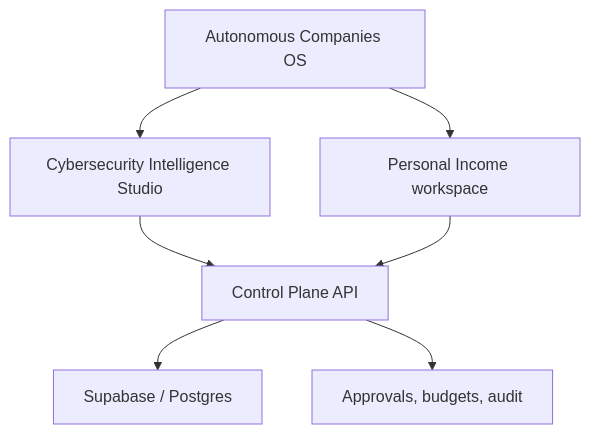
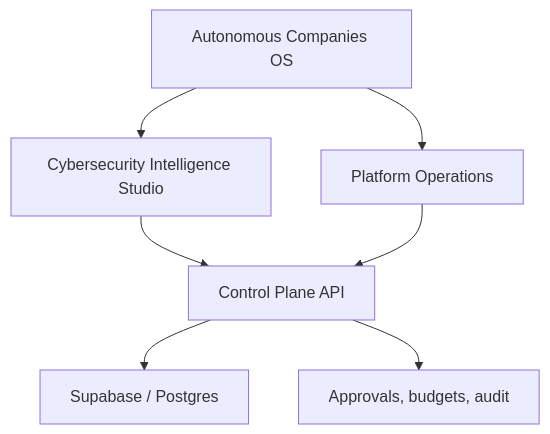
The diagram in README.md (rizonpoint/autonomous-security-intelligence), drawn with Mermaid before and after one commit. The commit also changed other lines of this file and 7 other files, not shown here.

Commit message:
Remove personal workspace and persist worker claims

````diff
--- a/README.md
+++ b/README.md
@@ -32,9 +32,9 @@
 ```mermaid
 flowchart TD
     OS["Autonomous Companies OS"] --> Biz["Cybersecurity Intelligence Studio"]
-    OS --> Personal["Personal Income workspace"]
+    OS --> Platform["Platform Operations"]
     Biz --> API["Control Plane API"]
-    Personal --> API
+    Platform --> API
     API --> DB["Supabase / Postgres"]
     API --> Guard["Approvals, budgets, audit"]
 ```
````
